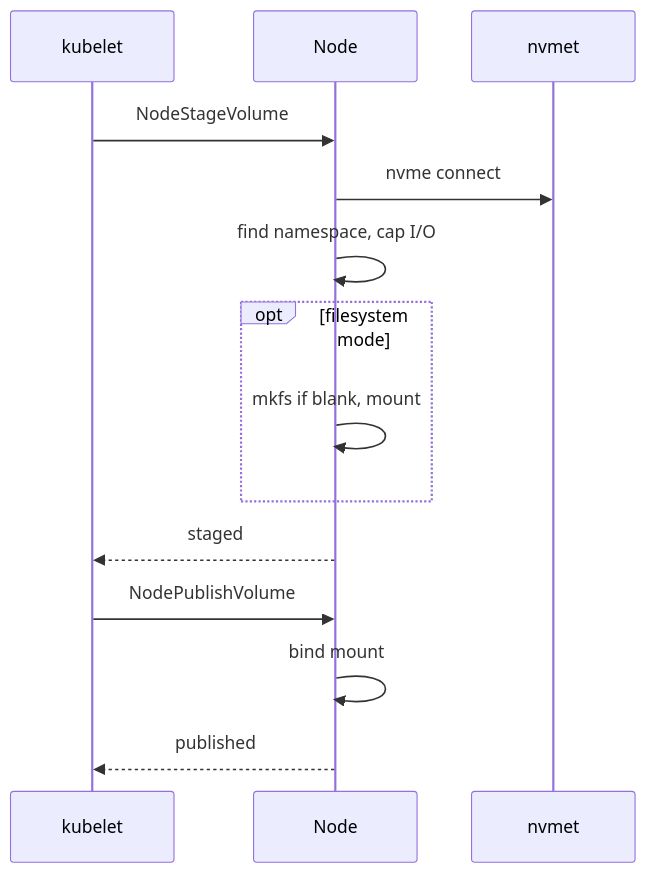
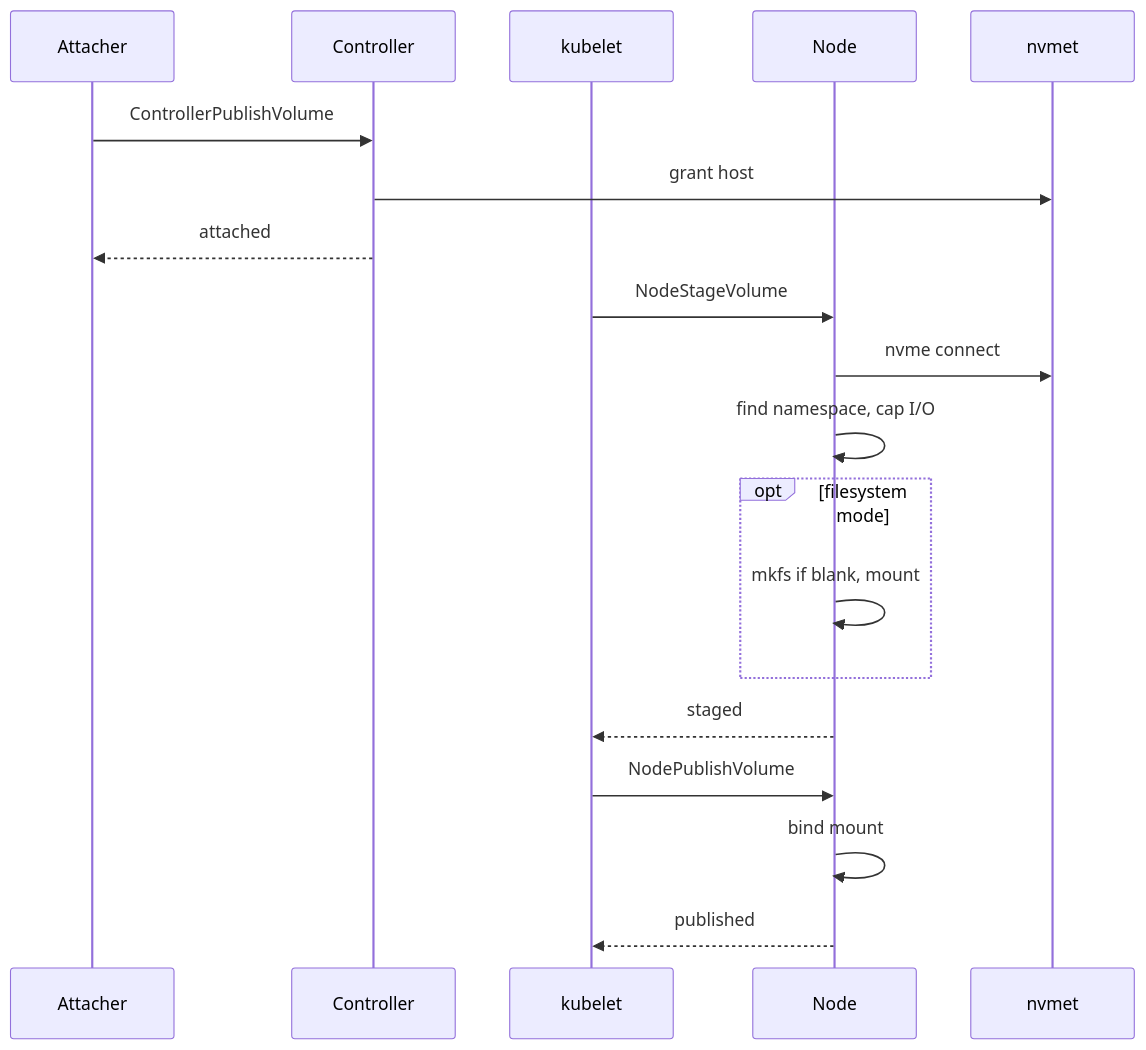
One commit to timpa0130/nvmeof-csi changed the third of 5 diagrams in design/volume-lifecycle.md. Above: the diagram before and after it, drawn with Mermaid. The commit also changed other lines of this file and 14 other files, not shown here.

````diff
--- a/design/volume-lifecycle.md
+++ b/design/volume-lifecycle.md
@@ -70,16 +75,21 @@
 ```mermaid
 sequenceDiagram
+    participant A as Attacher
+    participant C as Controller
     participant K as kubelet
     participant N as Node
     participant T as nvmet
+    A->>C: ControllerPublishVolume
+    C->>T: grant host
+    C-->>A: attached
     K->>N: NodeStageVolume
     N->>T: nvme connect
     N->>N: find namespace, cap I/O
     opt filesystem mode
         N->>N: mkfs if blank, mount
     end
     N-->>K: staged
     K->>N: NodePublishVolume
     N->>N: bind mount
     N-->>K: published
 ```
````
